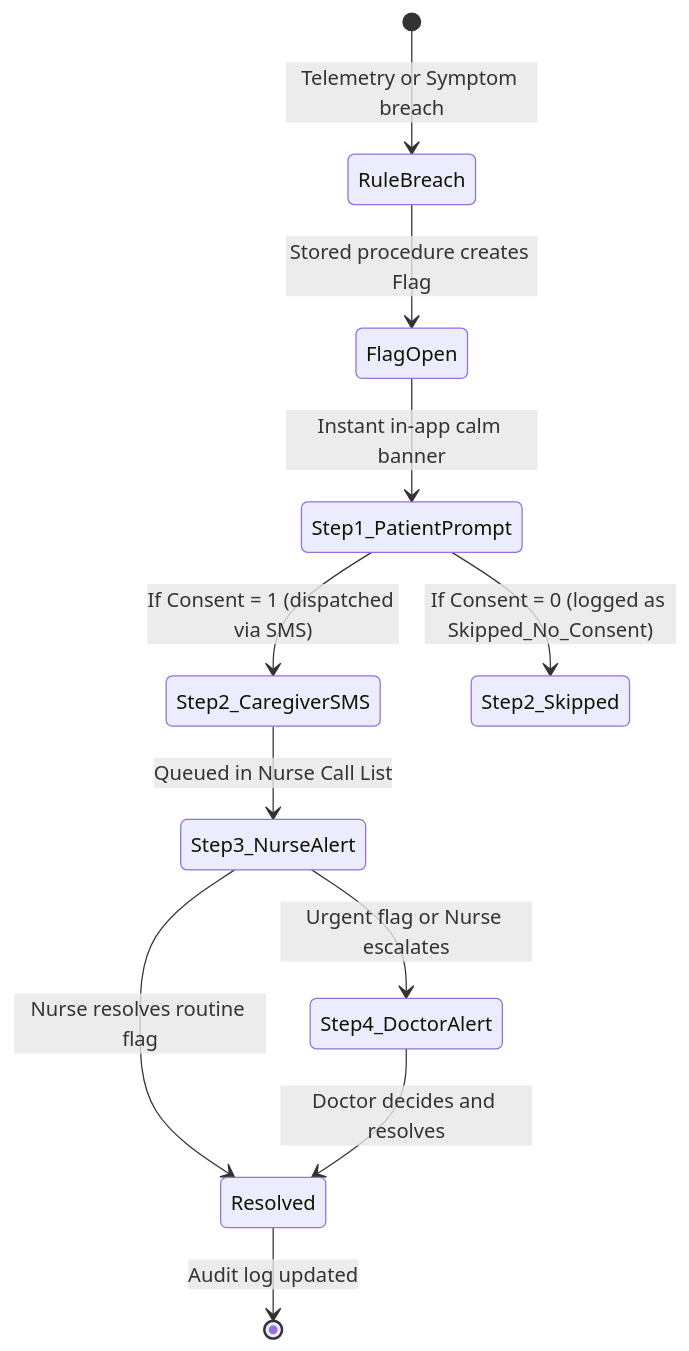
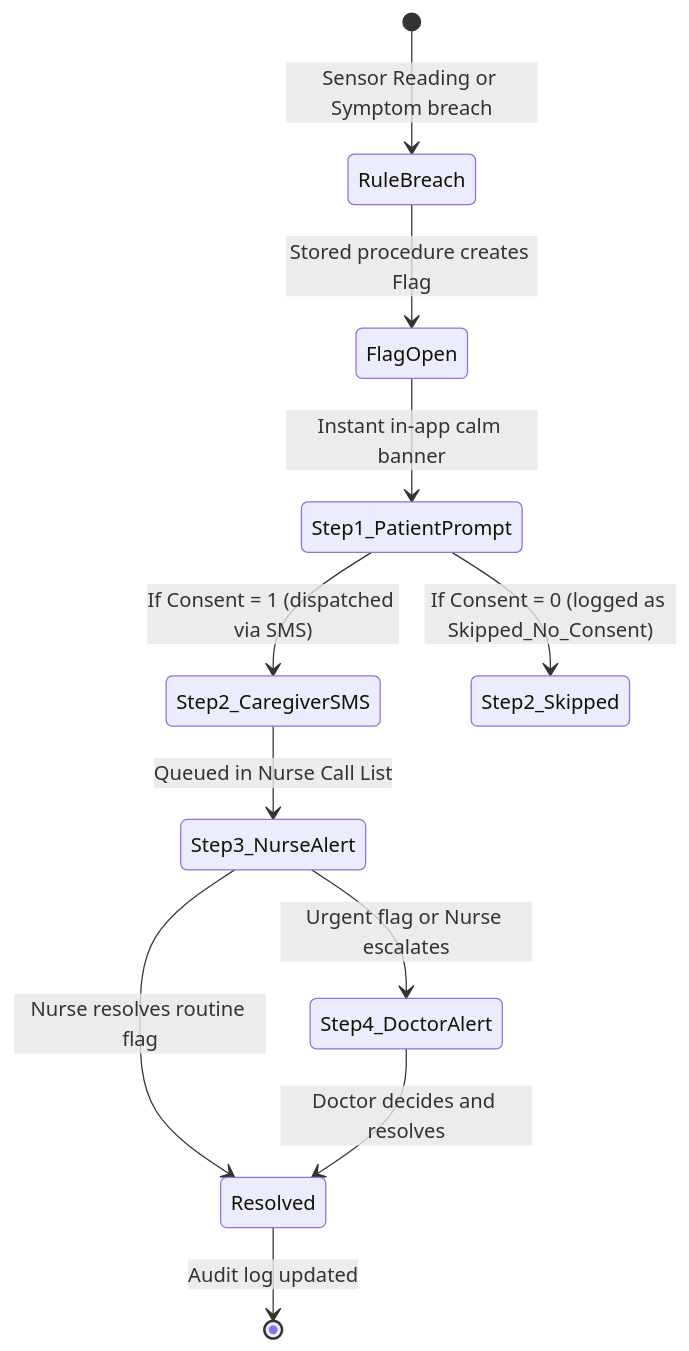
One commit to yugantverma0009/Careloop changed the second of 2 diagrams in PROJECT_GUIDE.md. Above: the diagram before and after it, drawn with Mermaid. The commit also changed other lines of this file and 31 other files, not shown here.

````diff
--- a/PROJECT_GUIDE.md
+++ b/PROJECT_GUIDE.md
@@ -209,13 +234,13 @@
 ```mermaid
 stateDiagram-v2
-    [*] --> RuleBreach: Telemetry or Symptom breach
+    [*] --> RuleBreach: Sensor Reading or Symptom breach
     RuleBreach --> FlagOpen: Stored procedure creates Flag
     FlagOpen --> Step1_PatientPrompt: Instant in-app calm banner
     Step1_PatientPrompt --> Step2_CaregiverSMS: If Consent = 1 (dispatched via SMS)
     Step1_PatientPrompt --> Step2_Skipped: If Consent = 0 (logged as Skipped_No_Consent)
     Step2_CaregiverSMS --> Step3_NurseAlert: Queued in Nurse Call List
     Step3_NurseAlert --> Resolved: Nurse resolves routine flag
     Step3_NurseAlert --> Step4_DoctorAlert: Urgent flag or Nurse escalates
     Step4_DoctorAlert --> Resolved: Doctor decides and resolves
     Resolved --> [*]: Audit log updated
 ```
````
